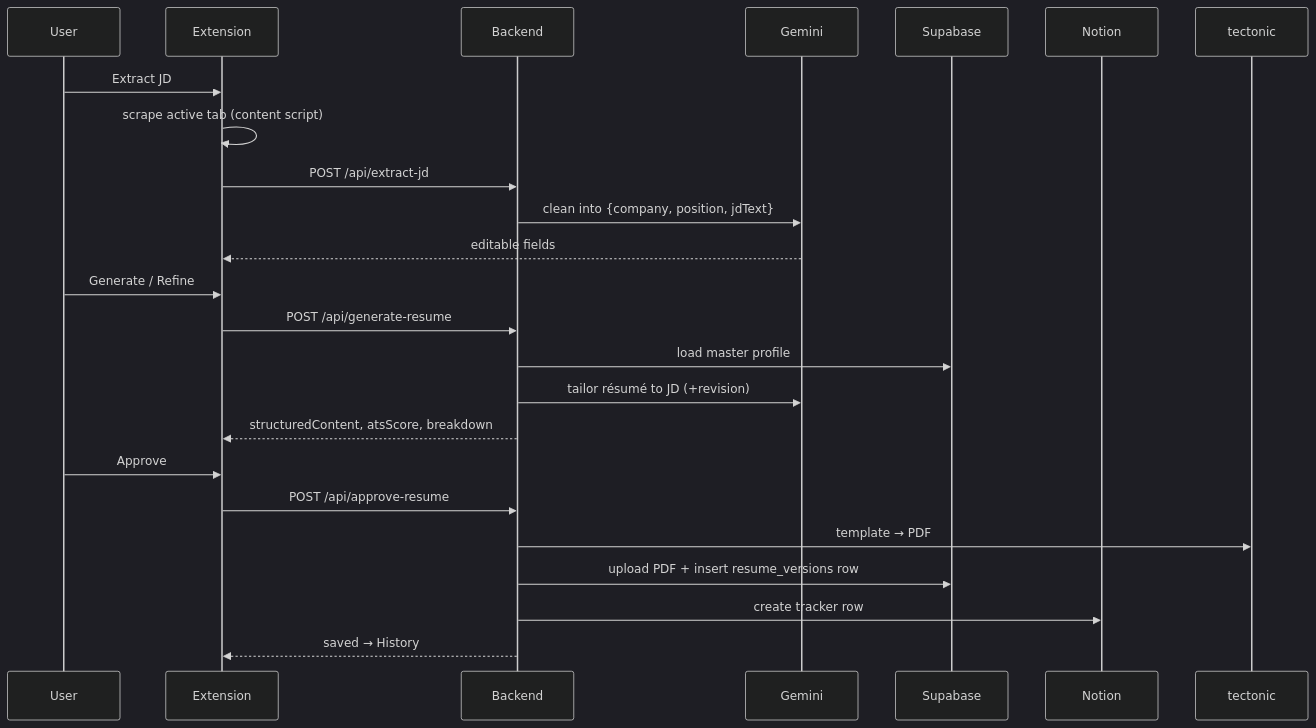
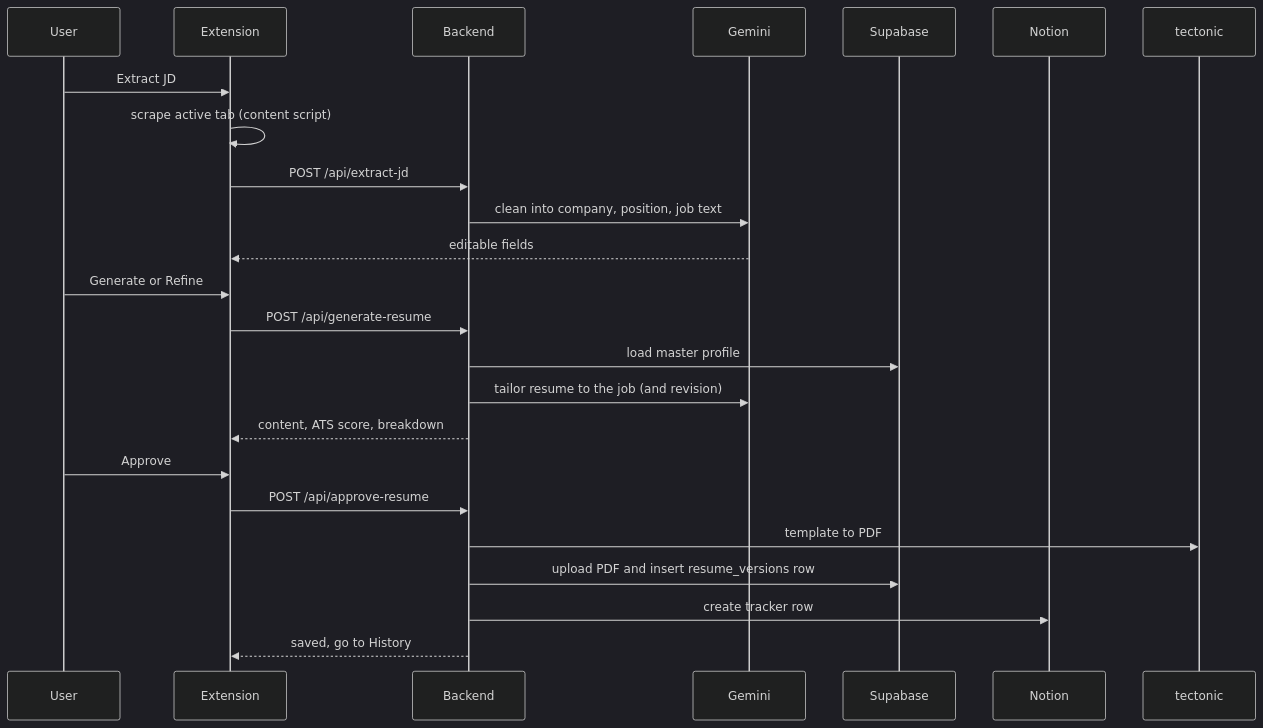
The second of 2 diagrams in README.md (gmayank9999/FirSeCV), drawn with Mermaid (dark theme) before and after one commit. The commit also changed other lines of this file and 16 other files, not shown here.

First line of the commit message:
Rewrite README in plain English and clean up UI text

````diff
--- a/README.md
+++ b/README.md
@@ -89,29 +89,29 @@
 ```mermaid
 sequenceDiagram
   participant U as User
   participant Ext as Extension
   participant API as Backend
   participant Gem as Gemini
   participant Sb as Supabase
   participant No as Notion
   participant Tex as tectonic
 
   U->>Ext: Extract JD
   Ext->>Ext: scrape active tab (content script)
   Ext->>API: POST /api/extract-jd
-  API->>Gem: clean into {company, position, jdText}
+  API->>Gem: clean into company, position, job text
   Gem-->>Ext: editable fields
 
-  U->>Ext: Generate / Refine
+  U->>Ext: Generate or Refine
   Ext->>API: POST /api/generate-resume
   API->>Sb: load master profile
-  API->>Gem: tailor résumé to JD (+revision)
-  API-->>Ext: structuredContent, atsScore, breakdown
+  API->>Gem: tailor resume to the job (and revision)
+  API-->>Ext: content, ATS score, breakdown
 
   U->>Ext: Approve
   Ext->>API: POST /api/approve-resume
-  API->>Tex: template → PDF
-  API->>Sb: upload PDF + insert resume_versions row
+  API->>Tex: template to PDF
+  API->>Sb: upload PDF and insert resume_versions row
   API->>No: create tracker row
-  API-->>Ext: saved → History
+  API-->>Ext: saved, go to History
 ```
````
